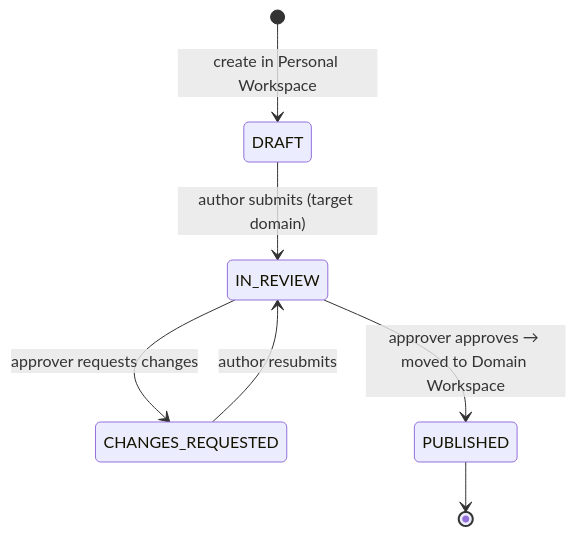
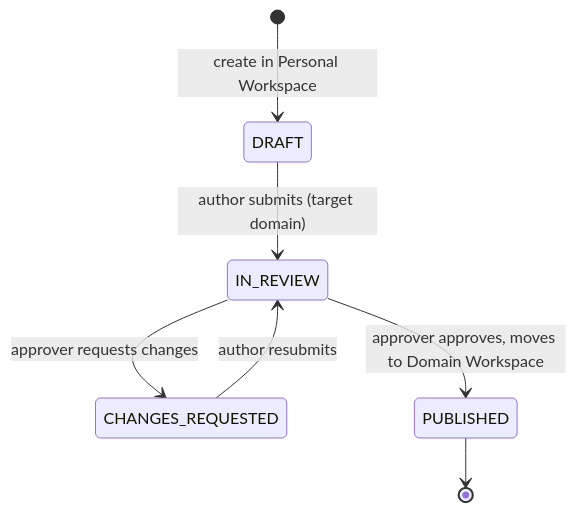
Before and after one commit to santoshkec92/bi-portal: the third of 5 diagrams in SLIDE_DECK.md, drawn with Mermaid. The commit also changed other lines of this file, not shown here.

Commit message:
Fix Mermaid diagram syntax for GitHub rendering

````diff
--- a/SLIDE_DECK.md
+++ b/SLIDE_DECK.md
@@ -249,9 +249,9 @@
 ```mermaid
 stateDiagram-v2
   [*] --> DRAFT: create in Personal Workspace
   DRAFT --> IN_REVIEW: author submits (target domain)
   CHANGES_REQUESTED --> IN_REVIEW: author resubmits
-  IN_REVIEW --> PUBLISHED: approver approves → moved to Domain Workspace
+  IN_REVIEW --> PUBLISHED: approver approves, moves to Domain Workspace
   IN_REVIEW --> CHANGES_REQUESTED: approver requests changes
   PUBLISHED --> [*]
 ```
````
